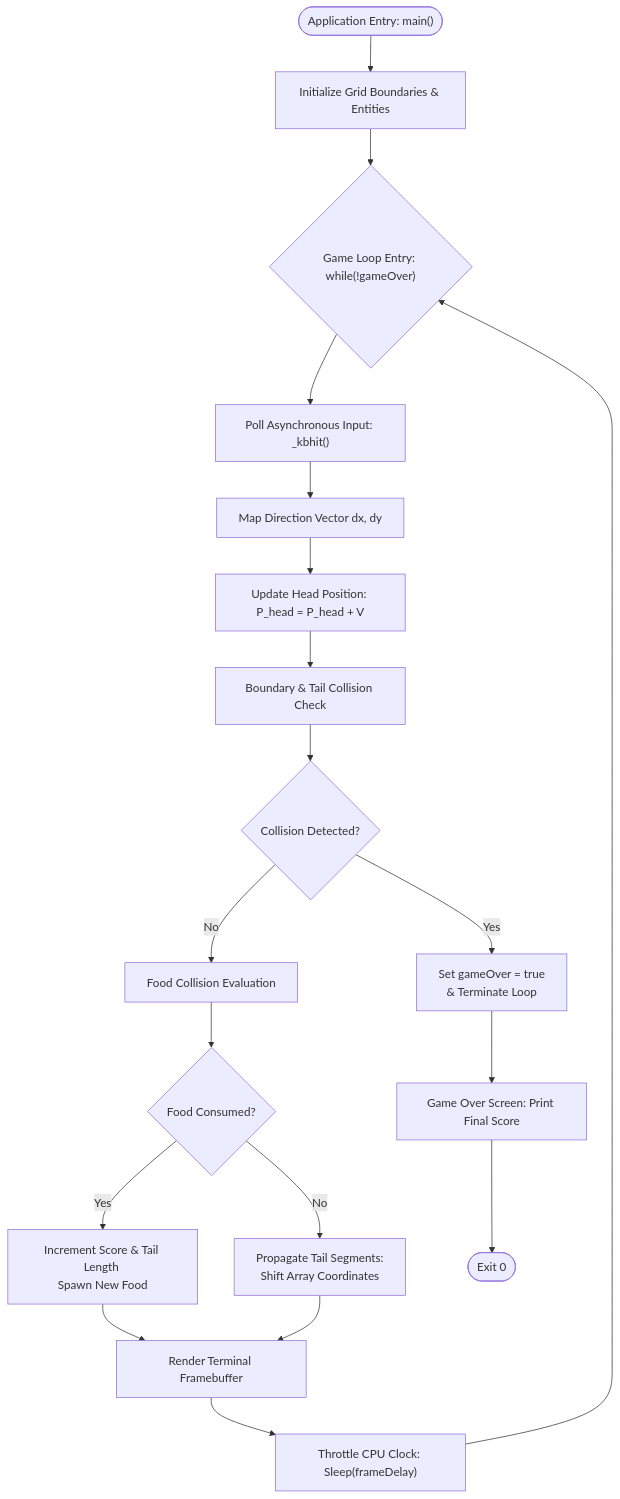
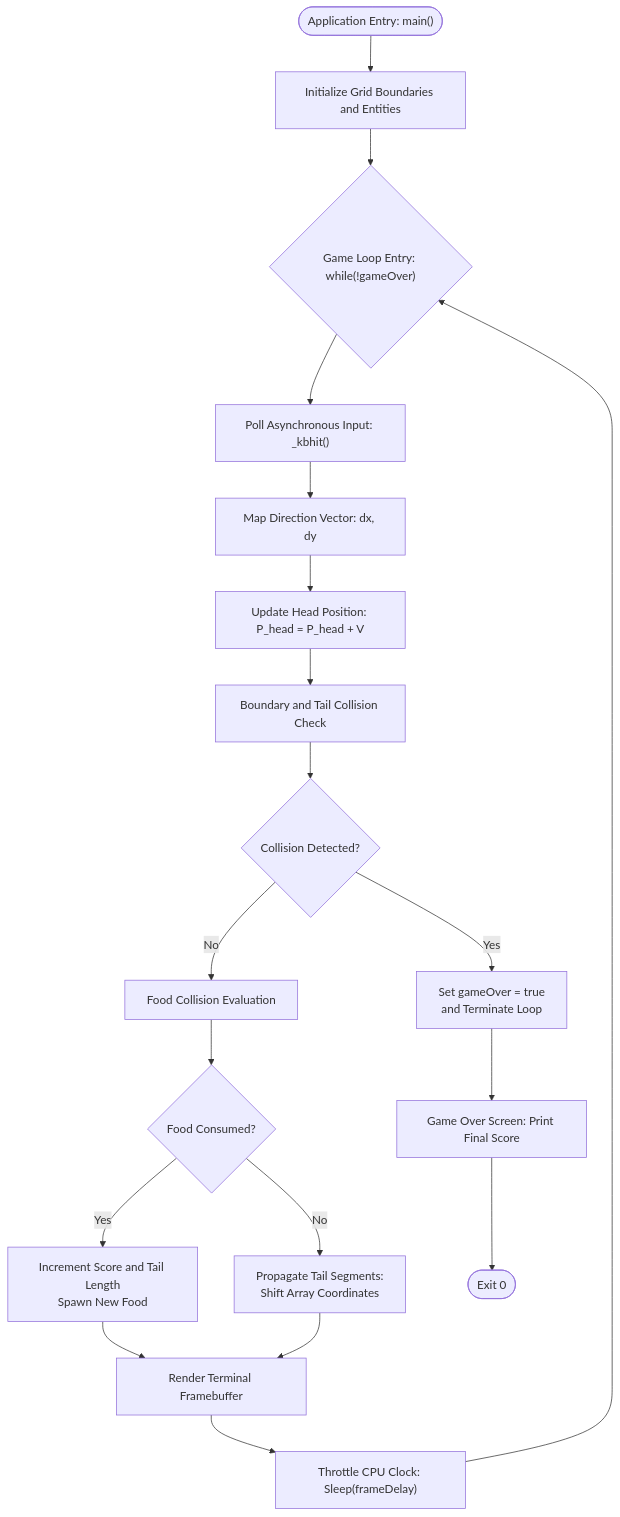
The diagram in README.md (Hassan-Moqbel/snake-game-realtime-kinematics), drawn with Mermaid before and after one commit. The commit also changed other lines of this file, not shown here.

Commit message:
fix(docs): resolve mermaid render crash and sanitize inline math

````diff
--- a/README.md
+++ b/README.md
@@ -26,28 +26,28 @@
 ```mermaid
 flowchart TD
-    START(["Application Entry: main()"]) --> INIT["Initialize Grid Boundaries & Entities"]
+    START(["Application Entry: main()"]) --> INIT["Initialize Grid Boundaries and Entities"]
     INIT --> LOOP_ENTRY{"Game Loop Entry: while(!gameOver)"}
-    
+
     LOOP_ENTRY --> POLL["Poll Asynchronous Input: _kbhit()"]
-    POLL --> DIR["Map Direction Vector dx, dy"]
-    
+    POLL --> DIR["Map Direction Vector: dx, dy"]
+
     DIR --> KINEMATICS["Update Head Position: P_head = P_head + V"]
-    KINEMATICS --> BOUNDARY_CHK["Boundary & Tail Collision Check"]
-    
+    KINEMATICS --> BOUNDARY_CHK["Boundary and Tail Collision Check"]
+
     BOUNDARY_CHK --> COLLISION{"Collision Detected?"}
-    COLLISION -->|Yes| GAME_OVER["Set gameOver = true \n& Terminate Loop"]
+    COLLISION -->|Yes| GAME_OVER["Set gameOver = true<br/>and Terminate Loop"]
     COLLISION -->|No| FOOD_EVAL["Food Collision Evaluation"]
-    
+
     FOOD_EVAL --> FOOD_CHK{"Food Consumed?"}
-    FOOD_CHK -->|Yes| SPAWN["Increment Score & Tail Length \nSpawn New Food"]
-    FOOD_CHK -->|No| TAIL_SHIFT["Propagate Tail Segments: \nShift Array Coordinates"]
-    
-    SPAWN --> RENDER
-    TAIL_SHIFT --> RENDER
-    
-    RENDER["Render Terminal Framebuffer"] --> THROTTLE["Throttle CPU Clock: Sleep(frameDelay)"]
+    FOOD_CHK -->|Yes| SPAWN["Increment Score and Tail Length<br/>Spawn New Food"]
+    FOOD_CHK -->|No| TAIL_SHIFT["Propagate Tail Segments:<br/>Shift Array Coordinates"]
+
+    SPAWN --> DISP_FRAME["Render Terminal Framebuffer"]
+    TAIL_SHIFT --> DISP_FRAME
+
+    DISP_FRAME --> THROTTLE["Throttle CPU Clock: Sleep(frameDelay)"]
     THROTTLE --> LOOP_ENTRY
-    
+
     GAME_OVER --> FINAL_SCREEN["Game Over Screen: Print Final Score"]
-    FINAL_SCREEN --> EXIT(["Exit 0"])
+    FINAL_SCREEN --> TERMINATE(["Exit 0"])
 ```
````
